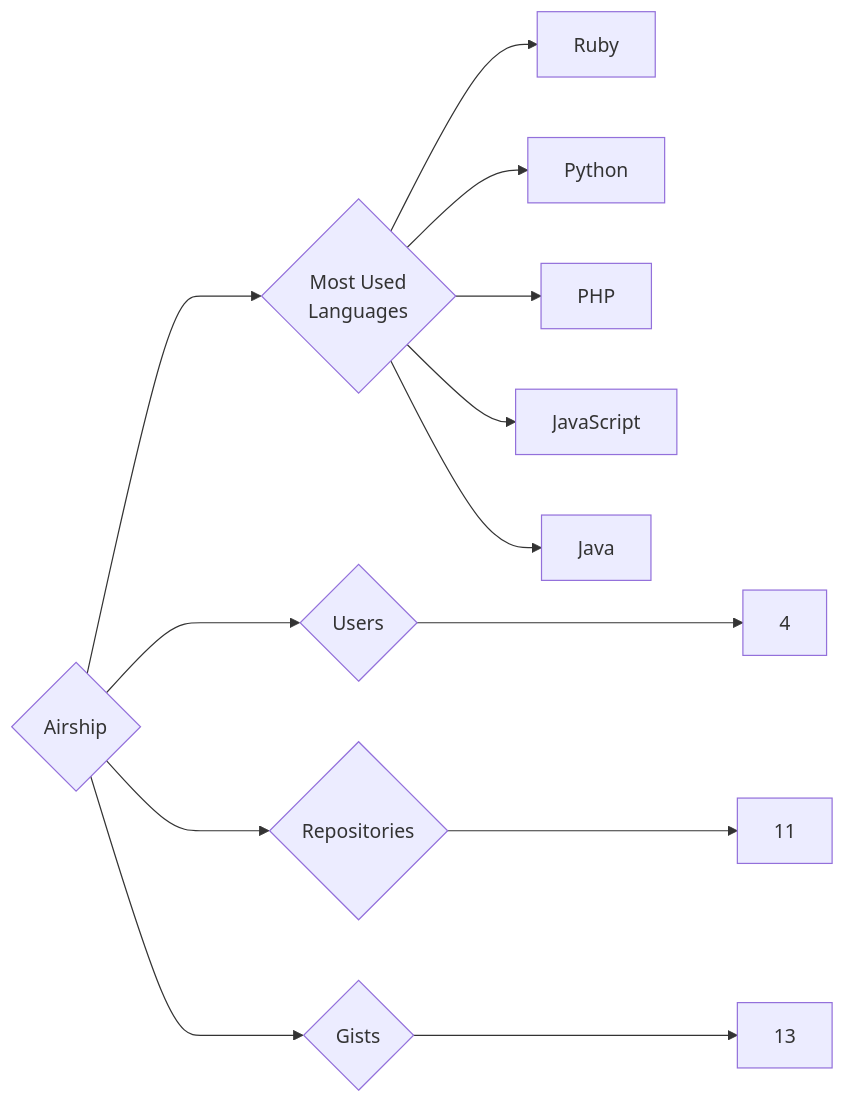
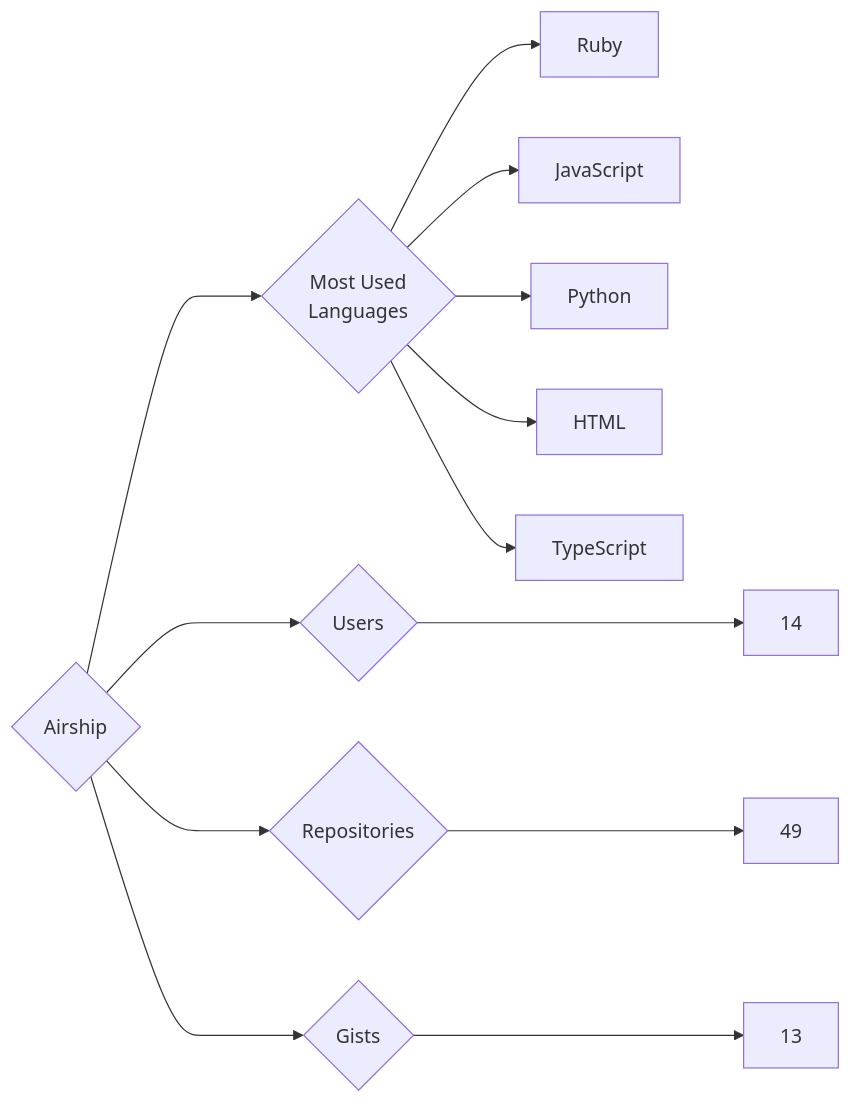
The diagram in targets/Airship/README.md (trickest/insiders), drawn with Mermaid before and after one commit. The commit also changed 1314 other files, not shown here.

````diff
--- a/targets/Airship/README.md
+++ b/targets/Airship/README.md
@@ -3,13 +3,13 @@
 ```mermaid
 graph LR
 COMPANY_NAME{Airship}
-COMPANY_NAME ---> U{Users} ---> UN[4]
-COMPANY_NAME ---> R{Repositories} ---> RN[11]
+COMPANY_NAME ---> U{Users} ---> UN[14]
+COMPANY_NAME ---> R{Repositories} ---> RN[49]
 COMPANY_NAME ---> G{Gists} ---> GN[13]
 COMPANY_NAME ---> ML{Most Used<br>Languages}
 ML --> Ruby[Ruby]
+ML --> JavaScript[JavaScript]
 ML --> Python[Python]
-ML --> PHP[PHP]
-ML --> JavaScript[JavaScript]
-ML --> Java[Java]
+ML --> HTML[HTML]
+ML --> TypeScript[TypeScript]
 ```
````
